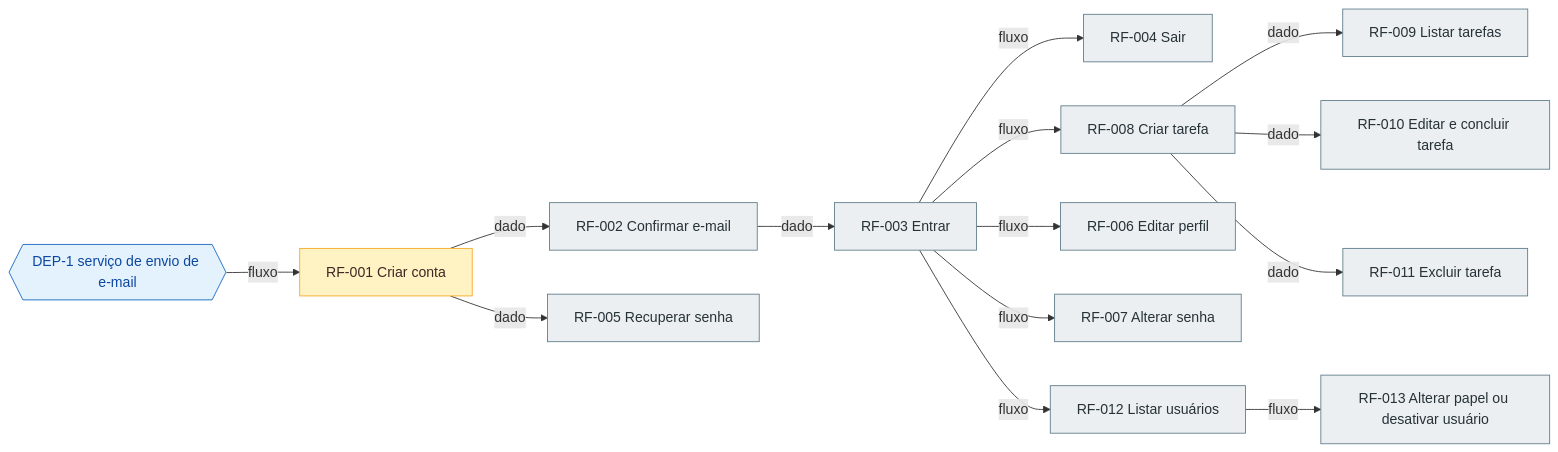
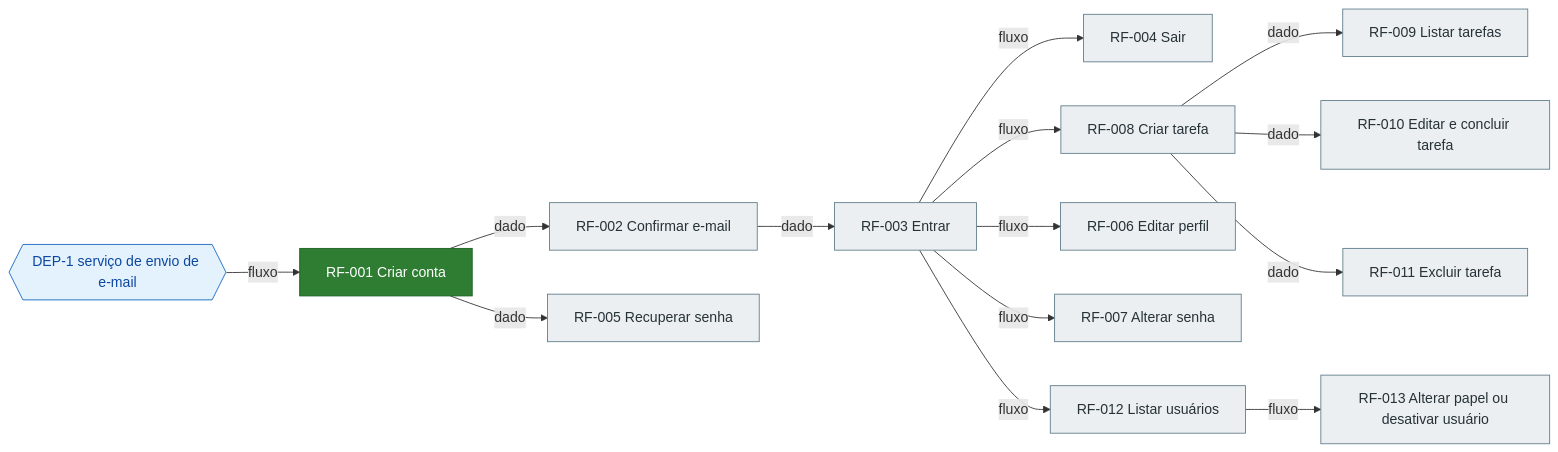
Before and after one commit to maiconsouza89/ai-template-harness-nestj-react-monorepo: the diagram in docs/product/roadmap.md, drawn with Mermaid. The commit also changed other lines of this file and 2 other files, not shown here.

````diff
--- a/docs/product/roadmap.md
+++ b/docs/product/roadmap.md
@@ -18,35 +18,35 @@
 ```mermaid
 graph LR
   DEP1{{"DEP-1 serviço de envio de e-mail"}}:::externa
-  RF001["RF-001 Criar conta"]:::andamento
+  RF001["RF-001 Criar conta"]:::feito
   RF002["RF-002 Confirmar e-mail"]:::pendente
   RF005["RF-005 Recuperar senha"]:::pendente
   RF003["RF-003 Entrar"]:::pendente
   RF004["RF-004 Sair"]:::pendente
   RF008["RF-008 Criar tarefa"]:::pendente
   RF006["RF-006 Editar perfil"]:::pendente
   RF007["RF-007 Alterar senha"]:::pendente
   RF012["RF-012 Listar usuários"]:::pendente
   RF009["RF-009 Listar tarefas"]:::pendente
   RF010["RF-010 Editar e concluir tarefa"]:::pendente
   RF011["RF-011 Excluir tarefa"]:::pendente
   RF013["RF-013 Alterar papel ou desativar usuário"]:::pendente
   DEP1 -->|fluxo| RF001
   RF001 -->|dado| RF002
   RF002 -->|dado| RF003
   RF003 -->|fluxo| RF004
   RF001 -->|dado| RF005
   RF003 -->|fluxo| RF006
   RF003 -->|fluxo| RF007
   RF003 -->|fluxo| RF008
   RF008 -->|dado| RF009
   RF008 -->|dado| RF010
   RF008 -->|dado| RF011
   RF003 -->|fluxo| RF012
   RF012 -->|fluxo| RF013
   classDef pendente fill:#eceff1,stroke:#607d8b,color:#263238
   classDef andamento fill:#fff3c4,stroke:#f9a825,color:#3e2723
   classDef feito fill:#2e7d32,stroke:#1b5e20,color:#ffffff
   classDef bloqueado fill:#c62828,stroke:#8e0000,color:#ffffff
   classDef externa fill:#e3f2fd,stroke:#1565c0,color:#0d47a1
 ```
````
